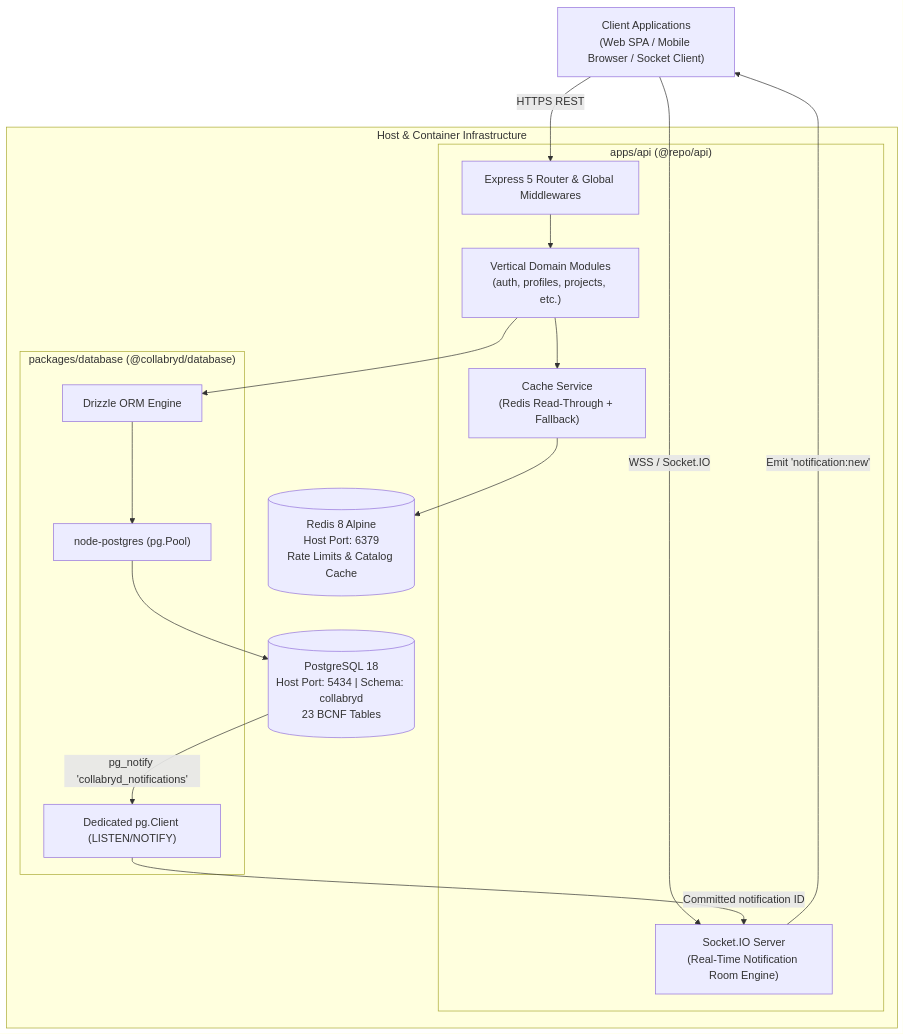
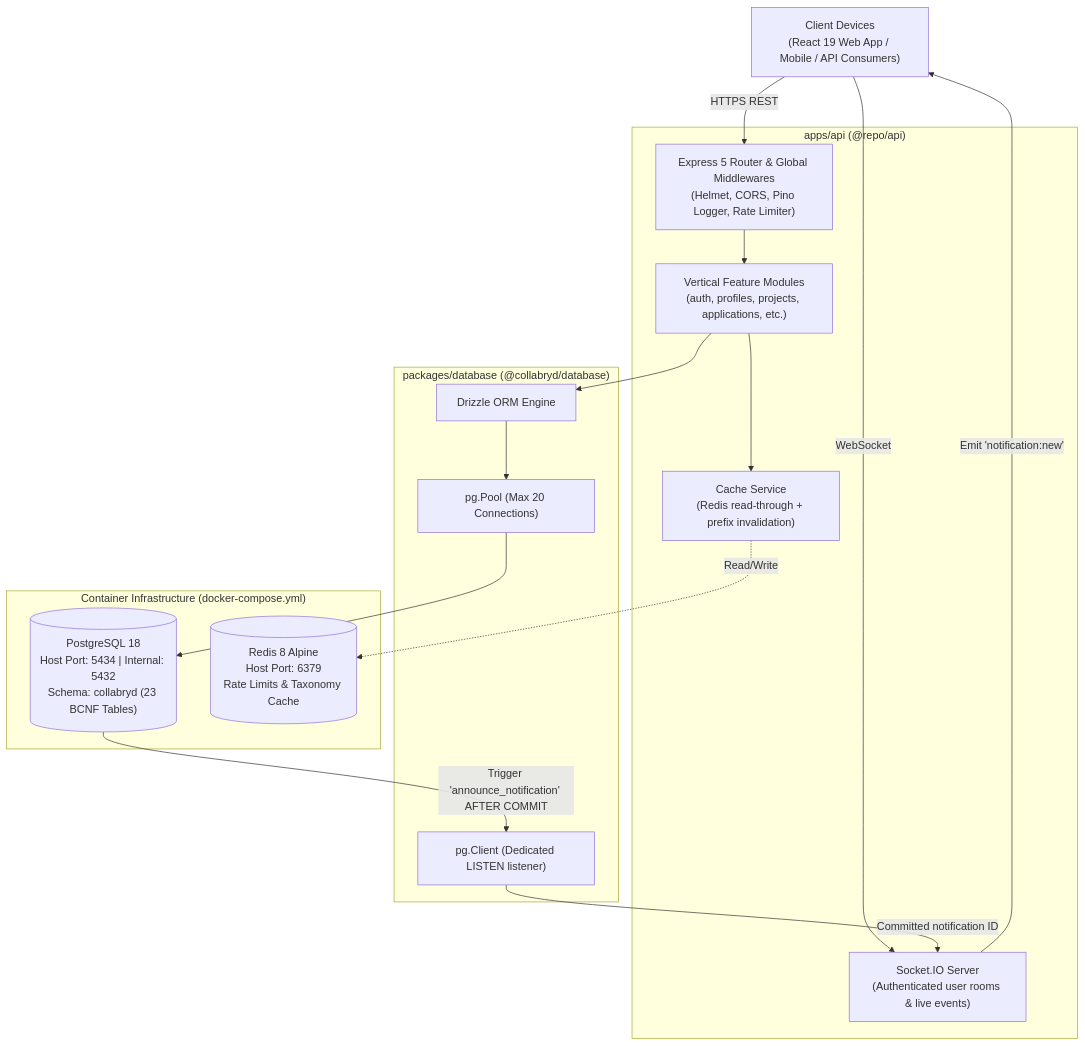
One commit to khanakjain511/Collabryd changed the first of 4 diagrams in docs/BACKEND_ARCHITECTURE.md. Above: the diagram before and after it, drawn with Mermaid. The commit also changed other lines of this file, not shown here.

Commit message:
docs: expand BACKEND_ARCHITECTURE.md with exhaustive endpoint catalog and logic citations

````diff
--- a/docs/BACKEND_ARCHITECTURE.md
+++ b/docs/BACKEND_ARCHITECTURE.md
@@ -11,34 +33,34 @@
 ```mermaid
 flowchart TD
-    Client["Client Applications\n(Web SPA / Mobile Browser / Socket Client)"]
+    Client["Client Devices\n(React 19 Web App / Mobile / API Consumers)"]
 
-    subgraph Infrastructure ["Host & Container Infrastructure"]
-        subgraph APIServer ["apps/api (@repo/api)"]
-            Router["Express 5 Router & Global Middlewares"]
-            ModuleLayer["Vertical Domain Modules\n(auth, profiles, projects, etc.)"]
-            SocketServer["Socket.IO Server\n(Real-Time Notification Room Engine)"]
-            CacheService["Cache Service\n(Redis Read-Through + Fallback)"]
-        end
+    subgraph Backend ["apps/api (@repo/api)"]
+        Router["Express 5 Router & Global Middlewares\n(Helmet, CORS, Pino Logger, Rate Limiter)"]
+        Modules["Vertical Feature Modules\n(auth, profiles, projects, applications, etc.)"]
+        SocketHub["Socket.IO Server\n(Authenticated user rooms & live events)"]
+        Cache["Cache Service\n(Redis read-through + prefix invalidation)"]
+    end
 
-        subgraph DataTier ["packages/database (@collabryd/database)"]
-            Drizzle["Drizzle ORM Engine"]
-            Pool["node-postgres (pg.Pool)"]
-            ListenerClient["Dedicated pg.Client (LISTEN/NOTIFY)"]
-        end
+    subgraph DatabasePackage ["packages/database (@collabryd/database)"]
+        Drizzle["Drizzle ORM Engine"]
+        Pool["pg.Pool (Max 20 Connections)"]
+        Listener["pg.Client (Dedicated LISTEN listener)"]
+    end
 
-        Postgres[("PostgreSQL 18\nHost Port: 5434 | Schema: collabryd\n23 BCNF Tables")]
-        Redis[("Redis 8 Alpine\nHost Port: 6379\nRate Limits & Catalog Cache")]
+    subgraph Infrastructure ["Container Infrastructure (docker-compose.yml)"]
+        PG[("PostgreSQL 18\nHost Port: 5434 | Internal: 5432\nSchema: collabryd (23 BCNF Tables)")]
+        RedisDB[("Redis 8 Alpine\nHost Port: 6379\nRate Limits & Taxonomy Cache")]
     end
 
     Client -->|HTTPS REST| Router
-    Client -->|WSS / Socket.IO| SocketServer
-    Router --> ModuleLayer
-    ModuleLayer --> CacheService
-    CacheService --> Redis
-    ModuleLayer --> Drizzle
+    Client -->|WebSocket| SocketHub
+    Router --> Modules
+    Modules --> Cache
+    Cache -.->|Read/Write| RedisDB
+    Modules --> Drizzle
     Drizzle --> Pool
-    Pool --> Postgres
-    Postgres -->|pg_notify 'collabryd_notifications'| ListenerClient
-    ListenerClient -->|Committed notification ID| SocketServer
-    SocketServer -->|Emit 'notification:new'| Client
+    Pool --> PG
+    PG -->|Trigger 'announce_notification' AFTER COMMIT| Listener
+    Listener -->|Committed notification ID| SocketHub
+    SocketHub -->|Emit 'notification:new'| Client
 ```
````
